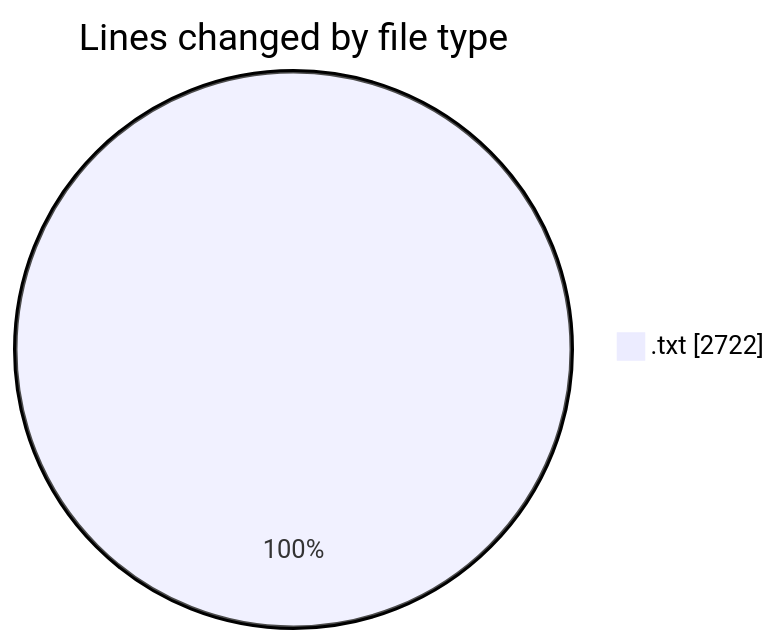
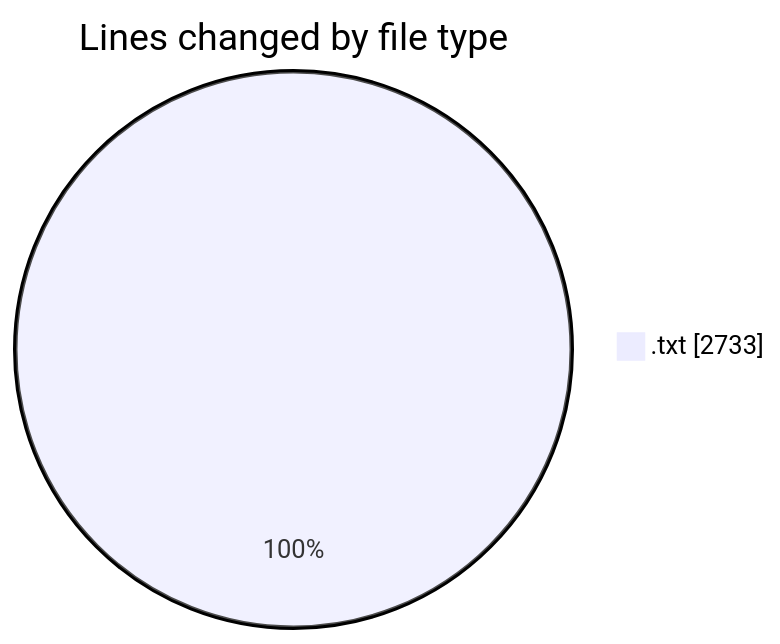
One commit to momahboobian/code-tracking changed the first of 2 diagrams in 2025-02-16/iptv_moreel_me/README.md. Above: the diagram before and after it, drawn with Mermaid. The commit also changed other lines of this file and 1 other file, not shown here.

````diff
--- a/2025-02-16/iptv_moreel_me/README.md
+++ b/2025-02-16/iptv_moreel_me/README.md
@@ -20,5 +20,5 @@
 ```mermaid
 pie showData
 title Lines changed by file type
-".txt" : 2722
+".txt" : 2733
 ```
````
